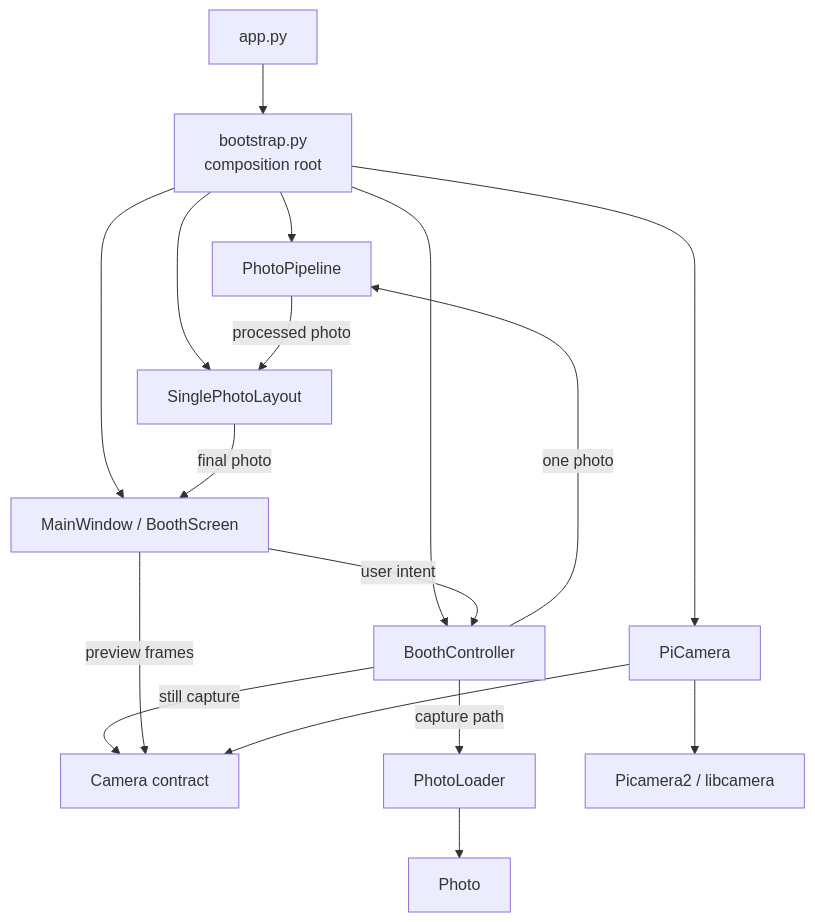
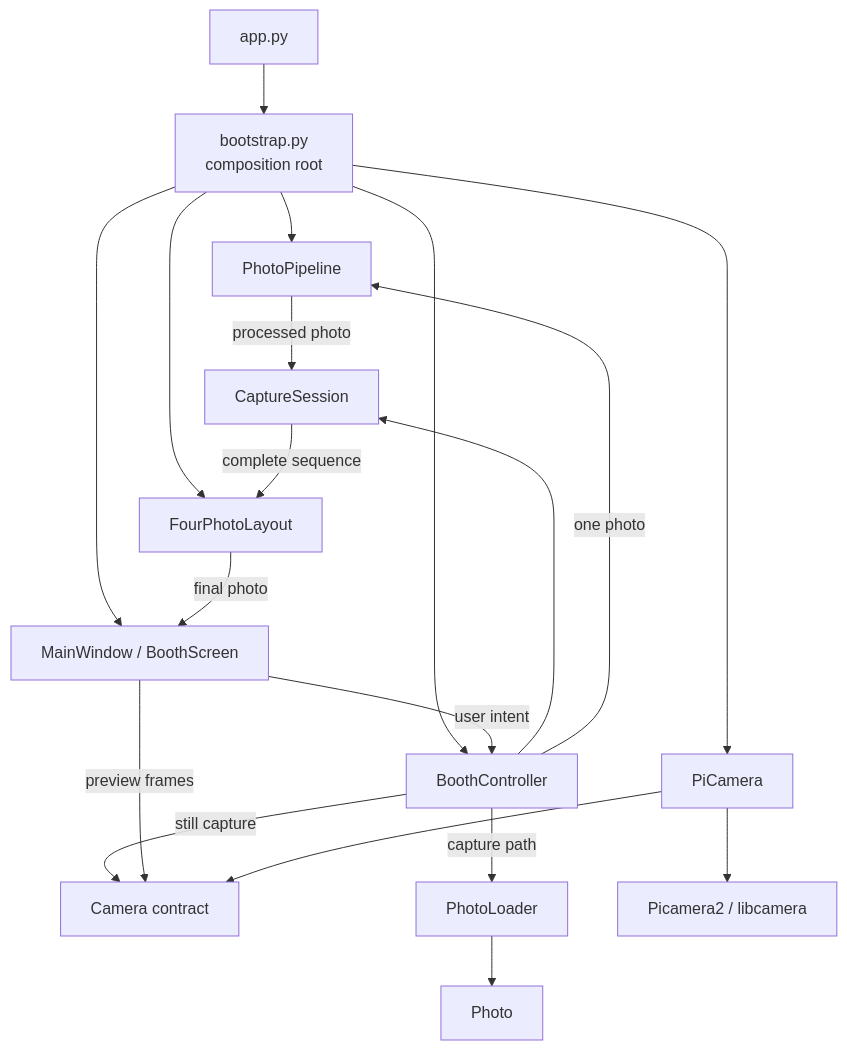
One commit to djr8nch/piprints changed the first of 2 diagrams in docs/architecture/overview.md. Above: the diagram before and after it, drawn with Mermaid. The commit also changed other lines of this file and 32 other files, not shown here.

````diff
--- a/docs/architecture/overview.md
+++ b/docs/architecture/overview.md
@@ -32,21 +36,23 @@
 ```mermaid
 flowchart TD
     Bootstrap["bootstrap.py<br/>composition root"]
     App["app.py"] --> Bootstrap
     Bootstrap --> CameraImpl["PiCamera"]
     Bootstrap --> Pipeline["PhotoPipeline"]
-    Bootstrap --> Layout["SinglePhotoLayout"]
+    Bootstrap --> Layout["FourPhotoLayout"]
     Bootstrap --> Booth["BoothController"]
     Bootstrap --> Window["MainWindow / BoothScreen"]
 
     Window -->|user intent| Booth
     Booth -->|still capture| CameraContract["Camera contract"]
     Booth -->|capture path| Loader["PhotoLoader"]
     Loader --> Photo["Photo"]
+    Booth --> Session["CaptureSession"]
     Booth -->|one photo| Pipeline
-    Pipeline -->|processed photo| Layout
+    Pipeline -->|processed photo| Session
+    Session -->|complete sequence| Layout
     Layout -->|final photo| Window
     Window -->|preview frames| CameraContract
     CameraImpl --> CameraContract
     CameraImpl --> Driver["Picamera2 / libcamera"]
 ```
````
